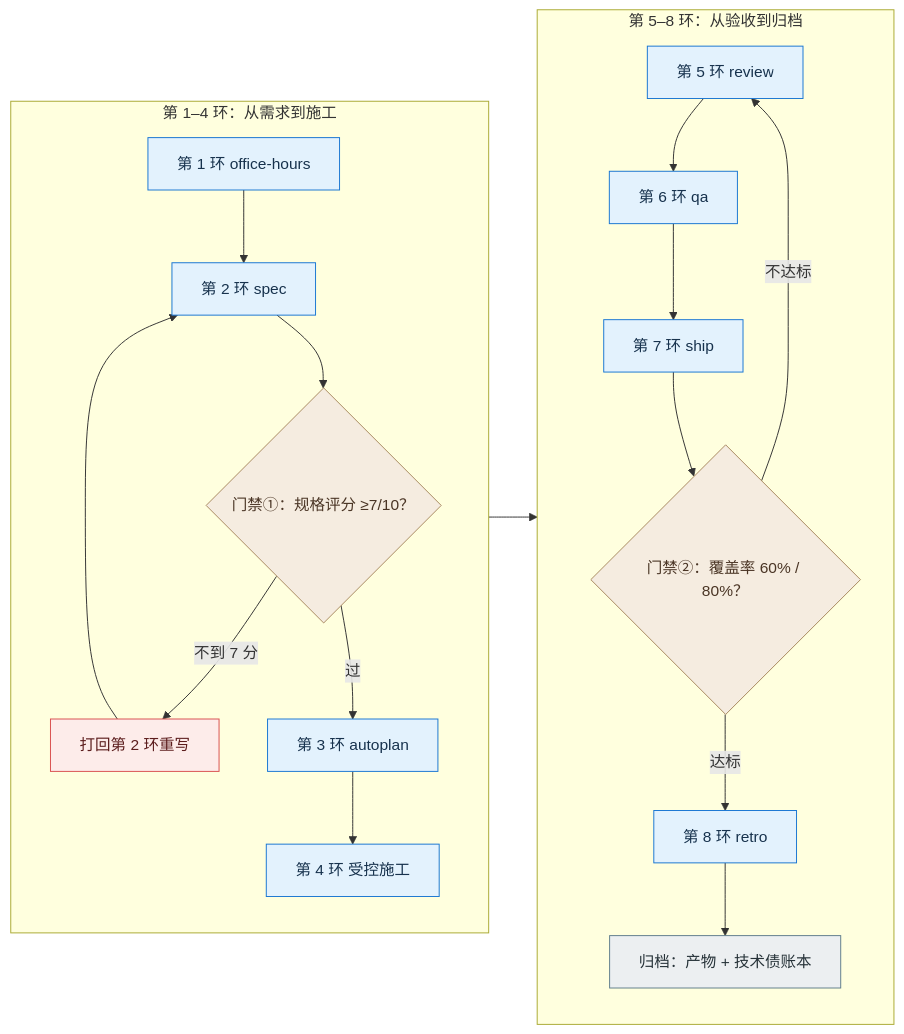
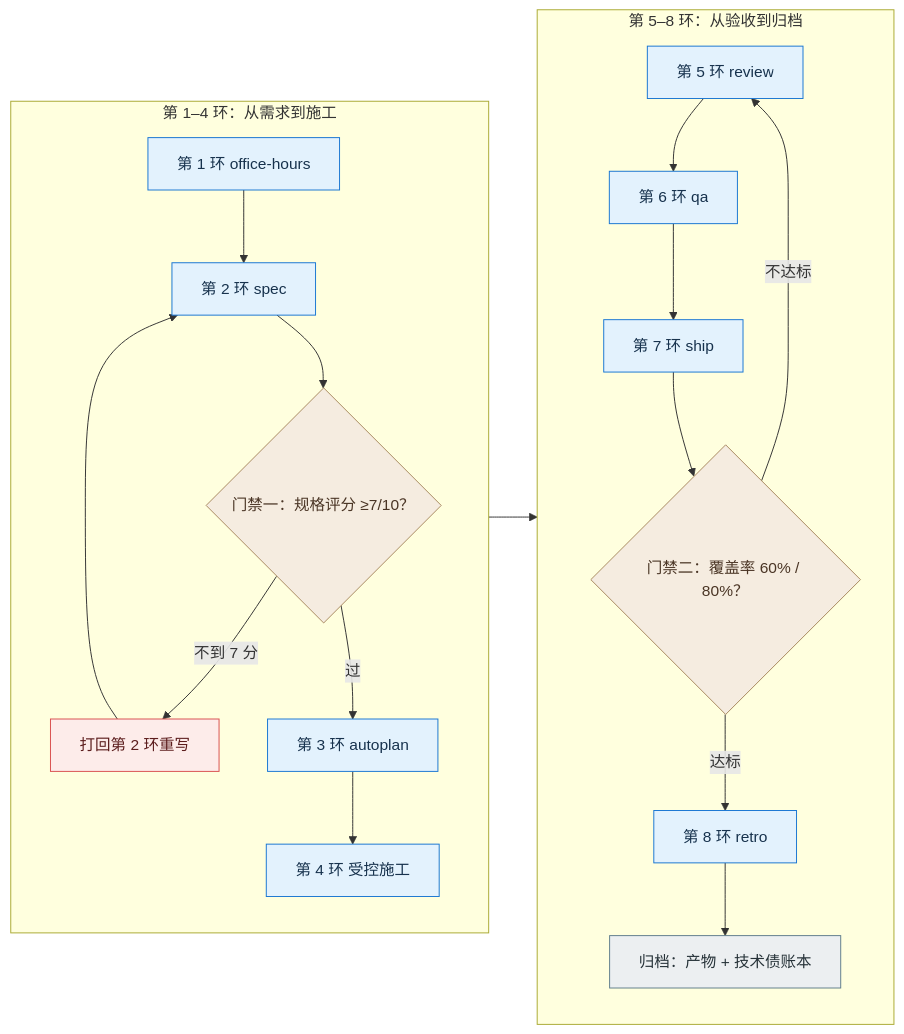
Before and after one commit to cloudzun/mingzhou: the second of 3 diagrams in content/01.md, drawn with Mermaid. The commit also changed other lines of this file and 5 other files, not shown here.

Commit message:
content: 0 章补「模型接入与运行环境」（客户端/token/key/三类模型/依赖/自检）；行文体例清理（带圈数字、HTML 标签、五色 classDef、图号 5-2→5-1）

````diff
--- a/content/01.md
+++ b/content/01.md
@@ -94,30 +94,31 @@
 ```mermaid
 flowchart LR
   subgraph A["第 1–4 环：从需求到施工"]
     direction TB
     E1["第 1 环 office-hours"] --> E2["第 2 环 spec"]
-    E2 --> G1{"门禁①：规格评分 ≥7/10？"}
+    E2 --> G1{"门禁一：规格评分 ≥7/10？"}
     G1 -->|"不到 7 分"| BK["打回第 2 环重写"]
     BK --> E2
     G1 -->|"过"| E3["第 3 环 autoplan"]
     E3 --> E4["第 4 环 受控施工"]
   end
   subgraph B["第 5–8 环：从验收到归档"]
     direction TB
     E5["第 5 环 review"] --> E6["第 6 环 qa"]
     E6 --> E7["第 7 环 ship"]
-    E7 --> G2{"门禁②：覆盖率 60% / 80%？"}
+    E7 --> G2{"门禁二：覆盖率 60% / 80%？"}
     G2 -->|"不达标"| E5
     G2 -->|"达标"| E8["第 8 环 retro"]
     E8 --> OUT["归档：产物 + 技术债账本"]
   end
   E4 --> E5
 classDef blue fill:#e3f2fd,stroke:#1976d2,color:#17324d;
+classDef green fill:#e8f5e9,stroke:#388e3c,color:#1b4332;
 classDef red fill:#fdecea,stroke:#d94f4f,color:#5c1d1d;
 classDef warm fill:#f5ece0,stroke:#a8895f,color:#4a3525;
 classDef gray fill:#eceff1,stroke:#607d8b,color:#263238;
   class E1,E2,E3,E4,E5,E6,E7,E8 blue;
   class G1,G2 warm;
   class BK red;
   class OUT gray;
 ```
````
